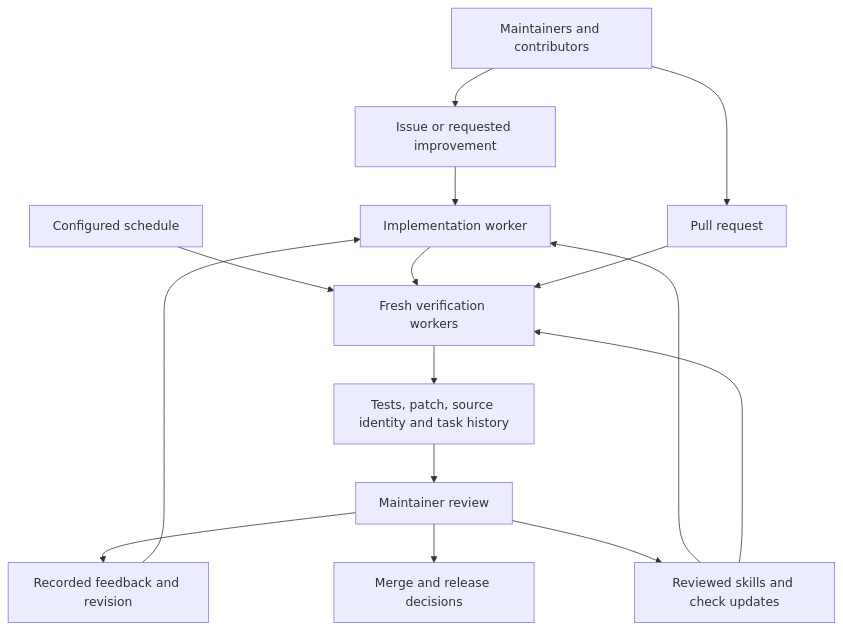
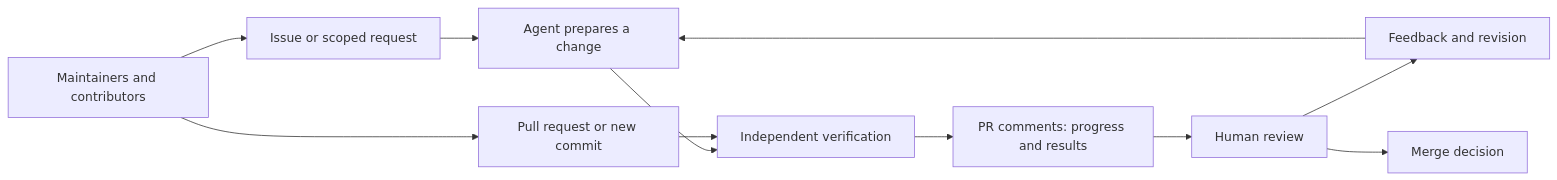
One commit to numinous-technology/d-inference changed the diagram in .forge/README.md. Above: the diagram before and after it, drawn with Mermaid. The commit also changed other lines of this file, not shown here.

````diff
--- a/.forge/README.md
+++ b/.forge/README.md
@@ -14,17 +25,13 @@
 ```mermaid
-flowchart TB
-    People[Maintainers and contributors] --> Request[Issue or requested improvement]
-    People --> PR[Pull request]
-    Clock[Configured schedule] --> Checks
-    Request --> Work[Implementation worker]
-    Work --> Checks[Fresh verification workers]
-    PR --> Checks
-    Checks --> Evidence[Tests, patch, source identity and task history]
-    Evidence --> Review[Maintainer review]
-    Review --> Feedback[Recorded feedback and revision]
-    Feedback --> Work
-    Review --> Merge[Merge and release decisions]
-    Review --> Policy[Reviewed skills and check updates]
-    Policy --> Work
-    Policy --> Checks
+flowchart LR
+    People[Maintainers and contributors] --> Request[Issue or scoped request]
+    People --> PR[Pull request or new commit]
+    Request --> Agent[Agent prepares a change]
+    Agent --> Verify[Independent verification]
+    PR --> Verify
+    Verify --> Comment[PR comments: progress and results]
+    Comment --> Review[Human review]
+    Review --> Feedback[Feedback and revision]
+    Feedback --> Agent
+    Review --> Merge[Merge decision]
 ```
````
